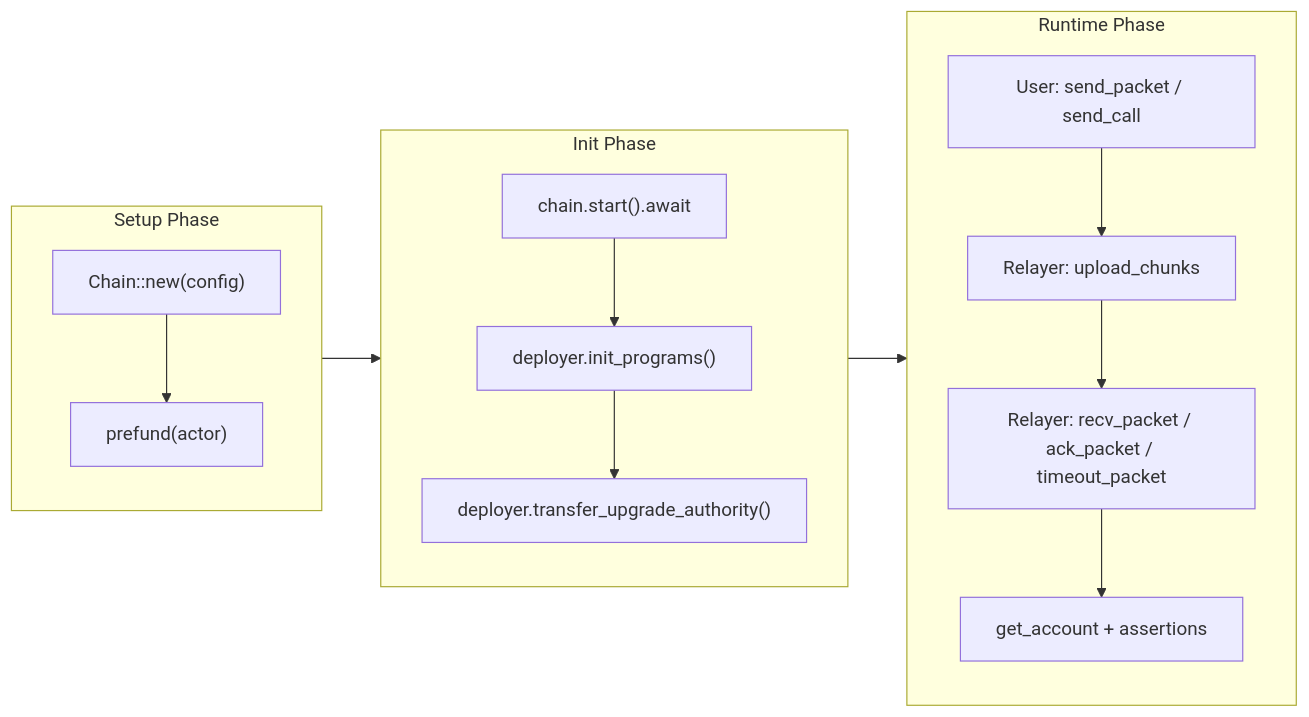
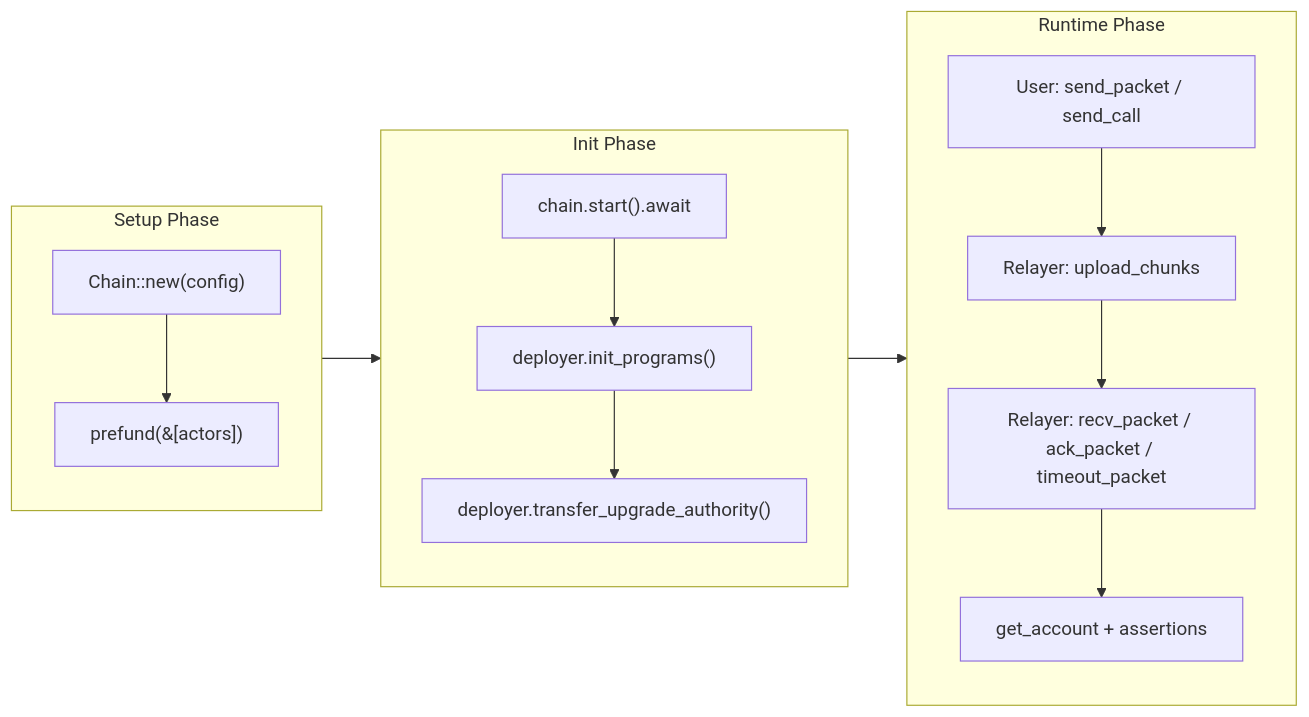
Before and after one commit to cosmos/solidity-ibc-eureka: the second of 8 diagrams in programs/solana/integration-tests/README.md, drawn with Mermaid. The commit also changed other lines of this file, not shown here.

First line of the commit message:
docs(solana/integration-tests): fix README diagrams

````diff
--- a/programs/solana/integration-tests/README.md
+++ b/programs/solana/integration-tests/README.md
@@ -54,22 +56,22 @@
 ```mermaid
 flowchart LR
     subgraph Setup["Setup Phase"]
         direction TB
-        New["Chain::new(config)"] --> Prefund["prefund(actor)"]
+        New["Chain::new(config)"] --> Prefund["prefund(&[actors])"]
     end
 
     subgraph Init["Init Phase"]
         direction TB
         Start["chain.start().await"] --> InitProg["deployer.init_programs()"]
         InitProg --> XferAuth["deployer.transfer_upgrade_authority()"]
     end
 
     subgraph Runtime["Runtime Phase"]
         direction TB
         Send["User: send_packet / send_call"] --> Upload["Relayer: upload_chunks"]
         Upload --> Deliver["Relayer: recv_packet / ack_packet / timeout_packet"]
         Deliver --> Verify["get_account + assertions"]
     end
 
     Setup --> Init --> Runtime
 ```
````
